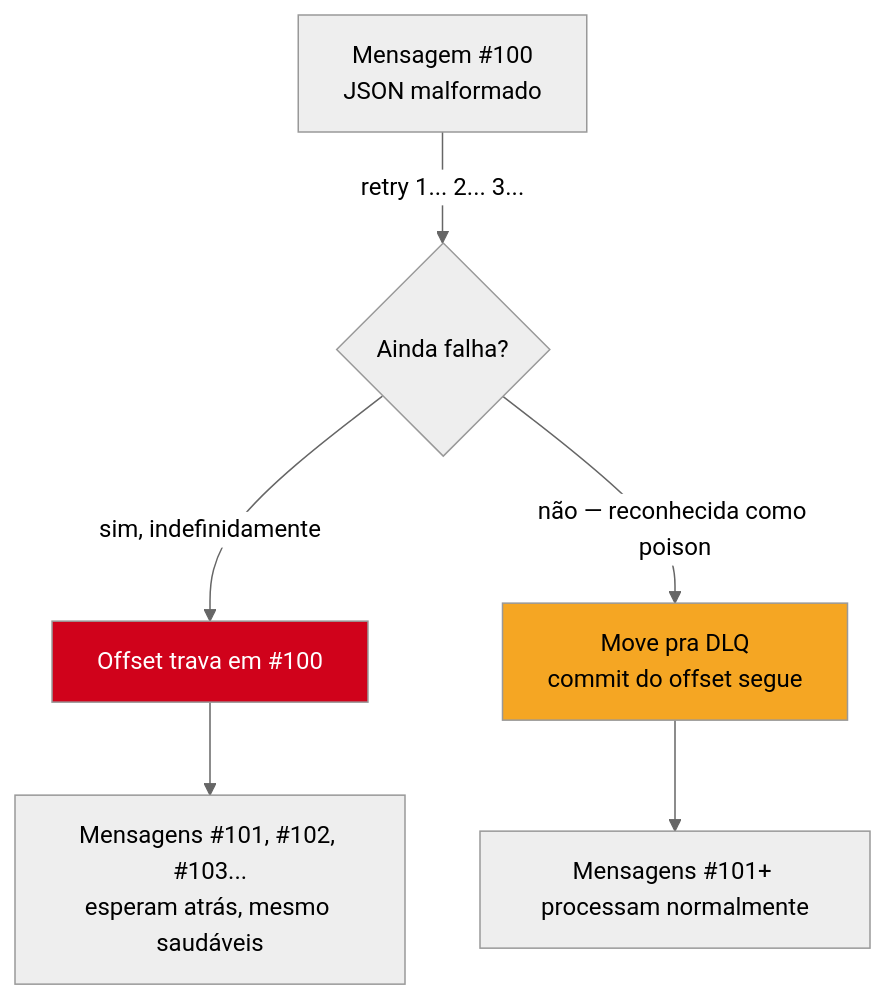
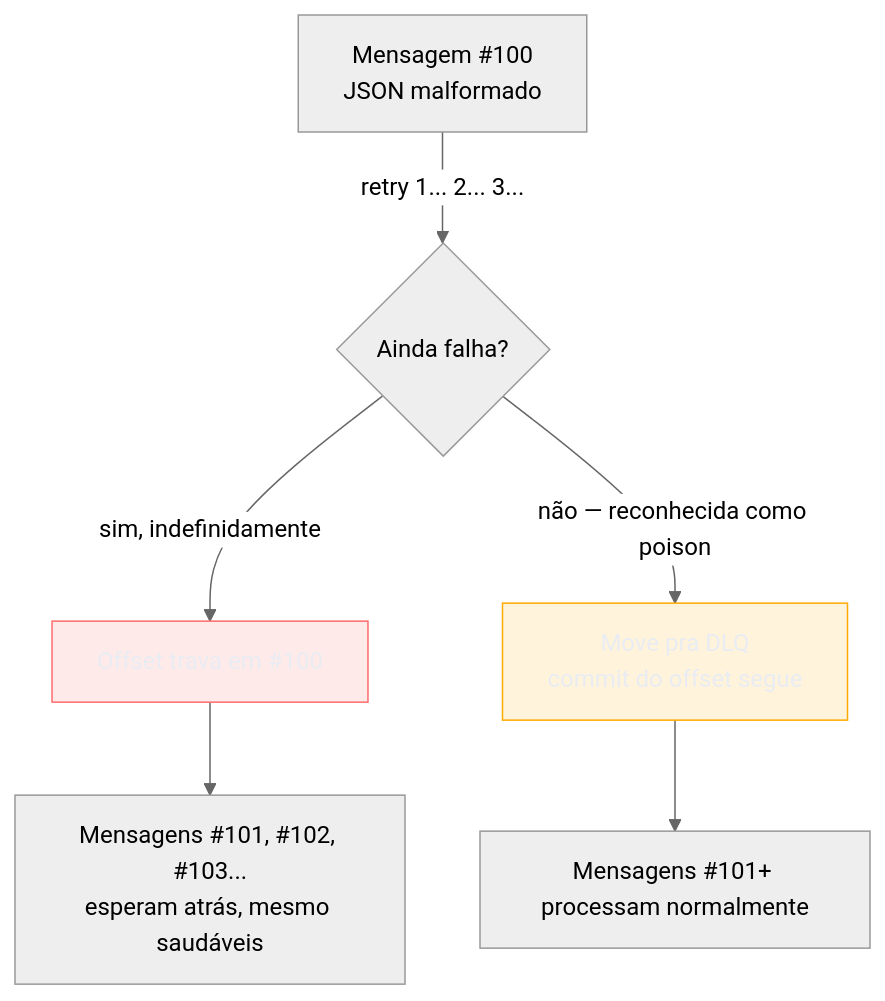
One commit to josenaldo/codex-technomanticus changed the third of 4 diagrams in 03-Dominios/Tecnologia/Go/13 - Mensageria/07 - Padrões de processamento.md. Above: the diagram before and after it, drawn with Mermaid (neutral theme). The commit also changed other lines of this file and 1181 other files, not shown here.

First line of the commit message:
fix(diagramas): paleta do sistema no lugar de cor cravada no markdown

````diff
--- a/03-Dominios/Tecnologia/Go/13 - Mensageria/07 - Padrões de processamento.md
+++ b/03-Dominios/Tecnologia/Go/13 - Mensageria/07 - Padrões de processamento.md
@@ -193,11 +195,13 @@
 ```mermaid
 flowchart TB
+    classDef falha fill:#FF6B6B24,stroke:#FF6B6B,color:#E9ECF2
+    classDef destaque fill:#FFAA0024,stroke:#FFAA00,color:#E9ECF2
     A["Mensagem #100\nJSON malformado"] -->|"retry 1... 2... 3..."| B{"Ainda falha?"}
     B -->|"sim, indefinidamente"| C["Offset trava em #100"]
     C --> D["Mensagens #101, #102, #103...\nesperam atrás, mesmo saudáveis"]
     B -->|"não — reconhecida como poison"| E["Move pra DLQ\ncommit do offset segue"]
     E --> F["Mensagens #101+ processam normalmente"]
 
-    style C fill:#D0021B,color:#fff
-    style E fill:#F5A623,color:#000
+    class C falha
+    class E destaque
 ```
````
